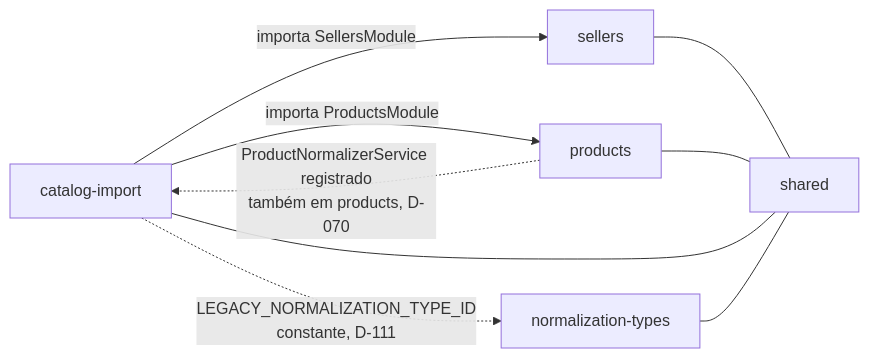
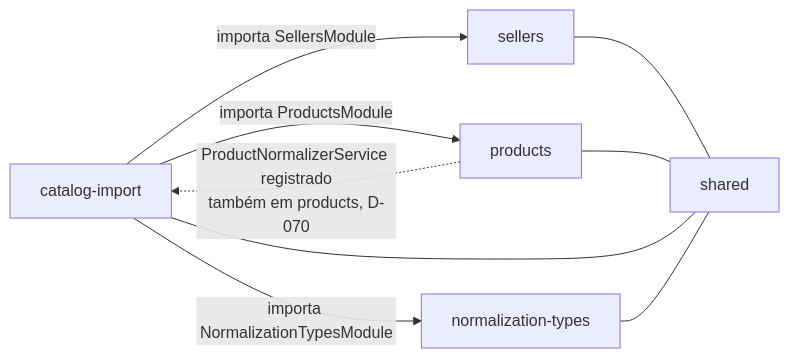
One commit to JoaoLucas698/vtex-assessment changed the second of 3 diagrams in docs/architecture.md. Above: the diagram before and after it, drawn with Mermaid. The commit also changed other lines of this file and 5 other files, not shown here.

````diff
--- a/docs/architecture.md
+++ b/docs/architecture.md
@@ -37,11 +37,11 @@
 ```mermaid
 flowchart LR
     CI[catalog-import] -->|importa SellersModule| SE[sellers]
     CI -->|importa ProductsModule| PR[products]
     PR -.->|ProductNormalizerService registrado<br/>também em products, D-070| CI
     SE --- SH[shared]
     PR --- SH
     CI --- SH
     NT[normalization-types] --- SH
-    CI -.->|LEGACY_NORMALIZATION_TYPE_ID<br/>constante, D-111| NT
+    CI -->|importa NormalizationTypesModule| NT
 ```
````
